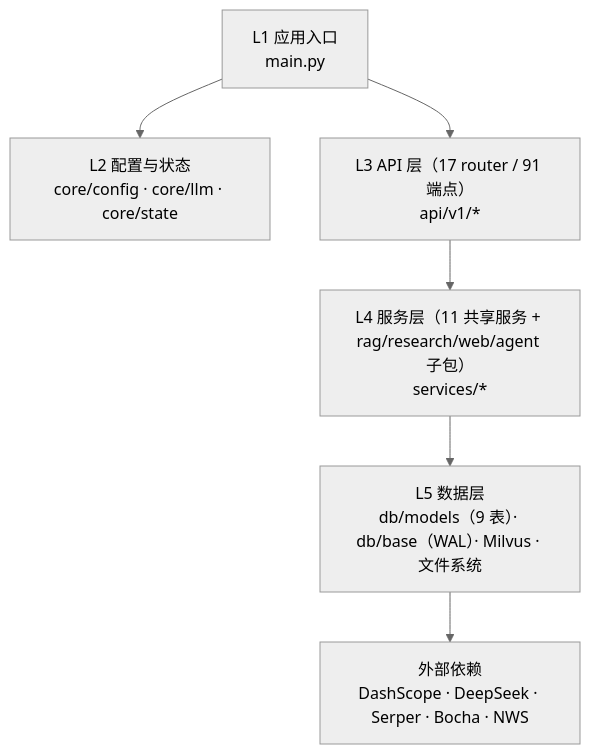
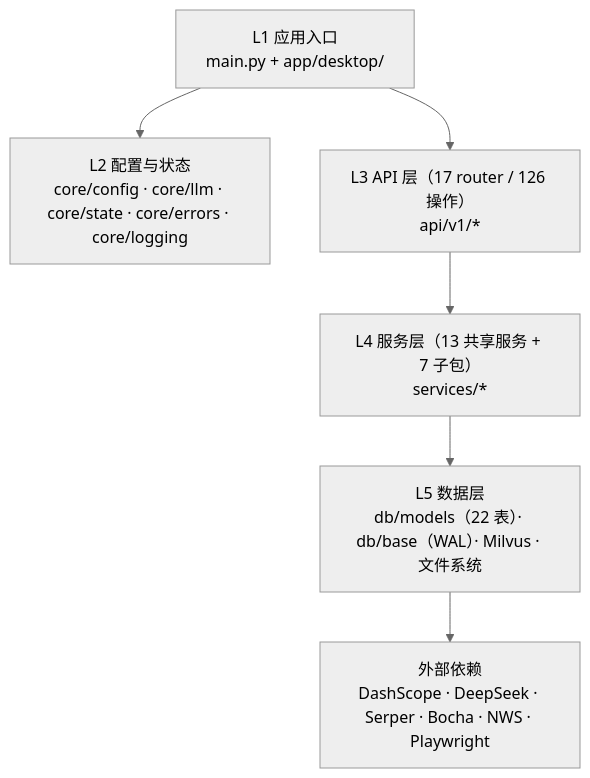
One commit to lzptouch/agent-platform changed the third of 4 diagrams in doc/analysis/01_架构总览.md. Above: the diagram before and after it, drawn with Mermaid (neutral theme). The commit also changed other lines of this file and 514 other files, not shown here.

````diff
--- a/doc/analysis/01_架构总览.md
+++ b/doc/analysis/01_架构总览.md
@@ -174,9 +196,9 @@
 ```mermaid
 flowchart TB
-    L1["L1 应用入口<br/>main.py"] --> L2["L2 配置与状态<br/>core/config · core/llm · core/state"]
+    L1["L1 应用入口<br/>main.py + app/desktop/"] --> L2["L2 配置与状态<br/>core/config · core/llm · core/state · core/errors · core/logging"]
     L1 --> L3
-    L3["L3 API 层（17 router / 91 端点）<br/>api/v1/*"] --> L4
-    L4["L4 服务层（11 共享服务 + rag/research/web/agent 子包）<br/>services/*"] --> L5
-    L5["L5 数据层<br/>db/models（9 表）· db/base（WAL）· Milvus · 文件系统"] --> L6
-    L6["外部依赖<br/>DashScope · DeepSeek · Serper · Bocha · NWS"]
+    L3["L3 API 层（17 router / 126 操作）<br/>api/v1/*"] --> L4
+    L4["L4 服务层（13 共享服务 + 7 子包）<br/>services/*"] --> L5
+    L5["L5 数据层<br/>db/models（22 表）· db/base（WAL）· Milvus · 文件系统"] --> L6
+    L6["外部依赖<br/>DashScope · DeepSeek · Serper · Bocha · NWS · Playwright"]
 ```
````
